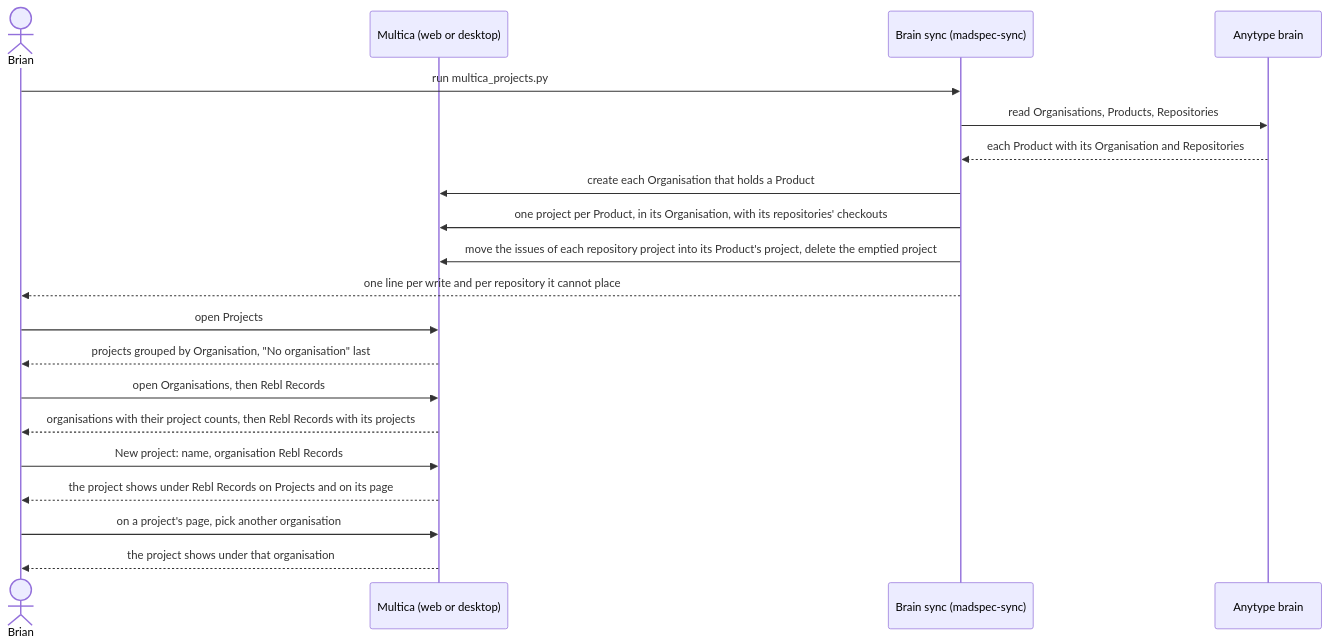
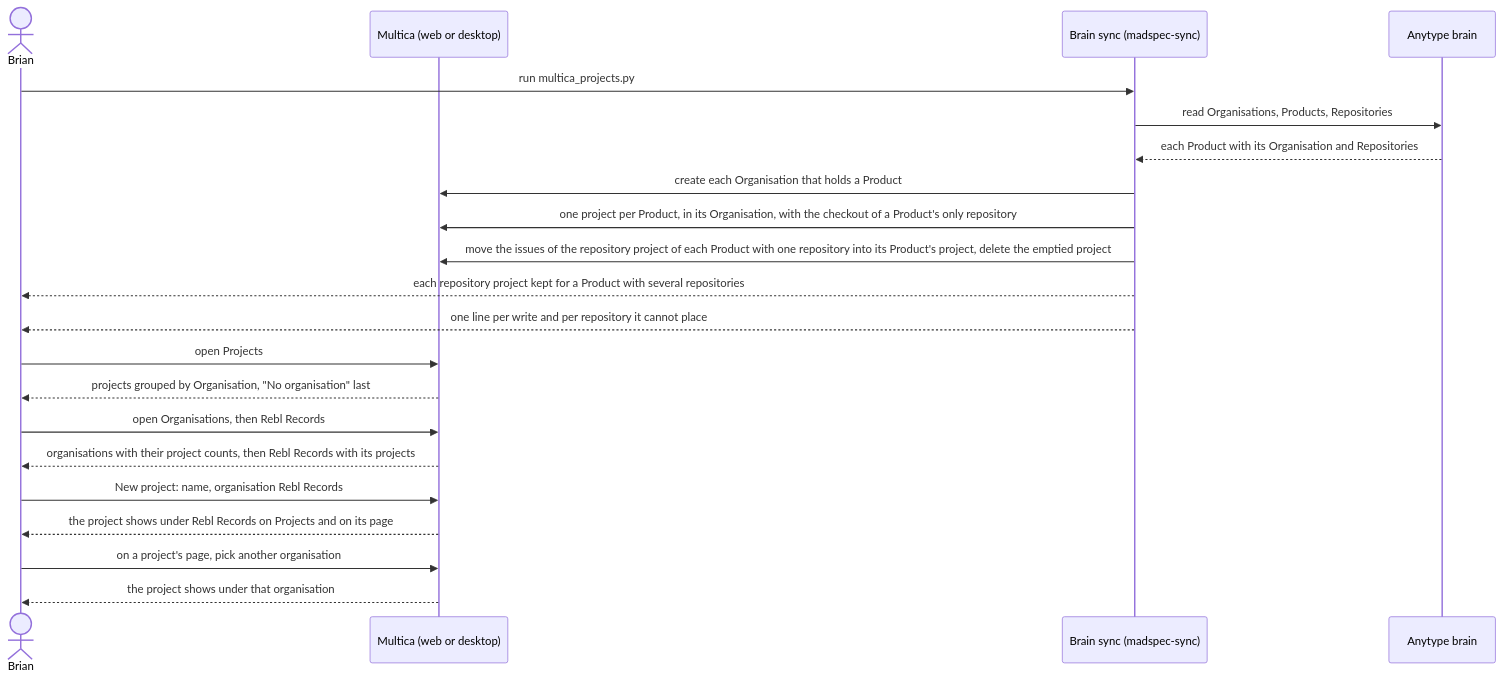
The diagram in specs/openspec/changes/projects-by-organisation/proposal.md (appboypov/multica), drawn with Mermaid before and after one commit. The commit also changed other lines of this file and 3 other files, not shown here.

````diff
--- a/specs/openspec/changes/projects-by-organisation/proposal.md
+++ b/specs/openspec/changes/projects-by-organisation/proposal.md
@@ -3,22 +3,23 @@
 ```mermaid
 sequenceDiagram
   actor B as Brian
   participant M as Multica (web or desktop)
   participant S as Brain sync (madspec-sync)
   participant A as Anytype brain
   B->>S: run multica_projects.py
   S->>A: read Organisations, Products, Repositories
   A-->>S: each Product with its Organisation and Repositories
   S->>M: create each Organisation that holds a Product
-  S->>M: one project per Product, in its Organisation, with its repositories' checkouts
-  S->>M: move the issues of each repository project into its Product's project, delete the emptied project
+  S->>M: one project per Product, in its Organisation, with the checkout of a Product's only repository
+  S->>M: move the issues of the repository project of each Product with one repository into its Product's project, delete the emptied project
+  S-->>B: each repository project kept for a Product with several repositories
   S-->>B: one line per write and per repository it cannot place
   B->>M: open Projects
   M-->>B: projects grouped by Organisation, "No organisation" last
   B->>M: open Organisations, then Rebl Records
   M-->>B: organisations with their project counts, then Rebl Records with its projects
   B->>M: New project: name, organisation Rebl Records
   M-->>B: the project shows under Rebl Records on Projects and on its page
   B->>M: on a project's page, pick another organisation
   M-->>B: the project shows under that organisation
 ```
````
